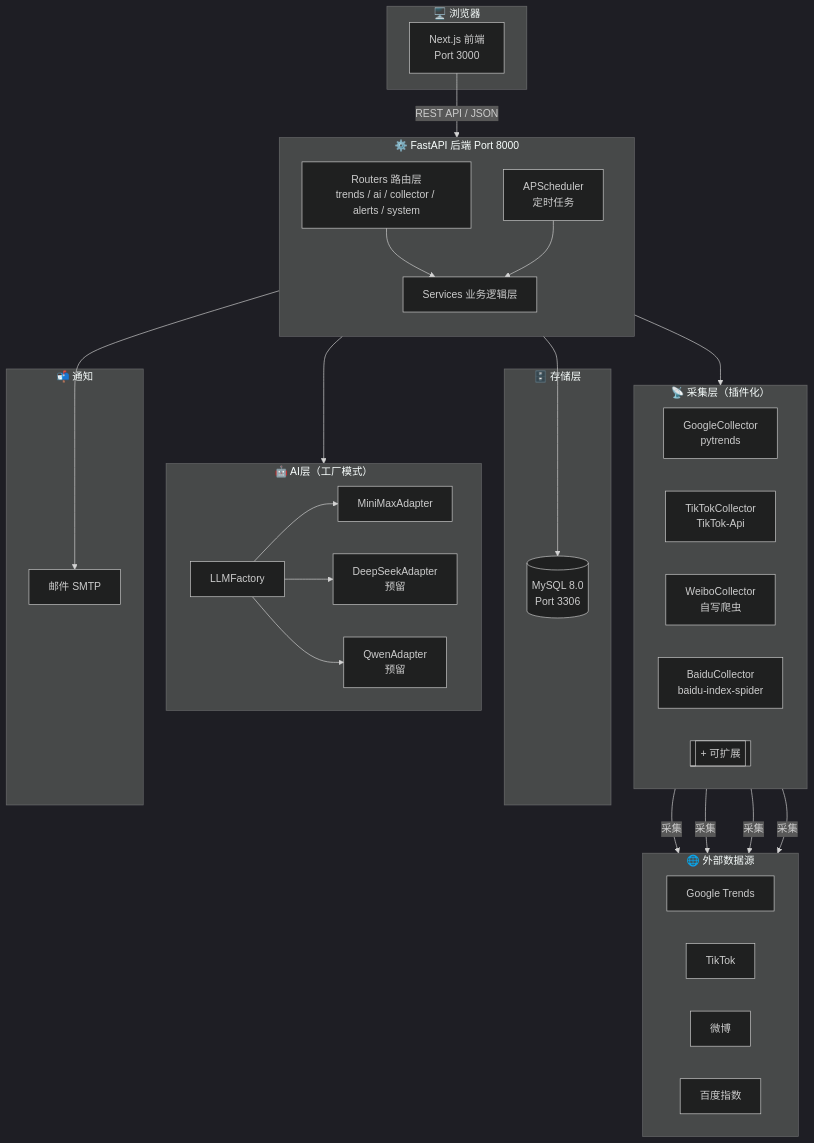
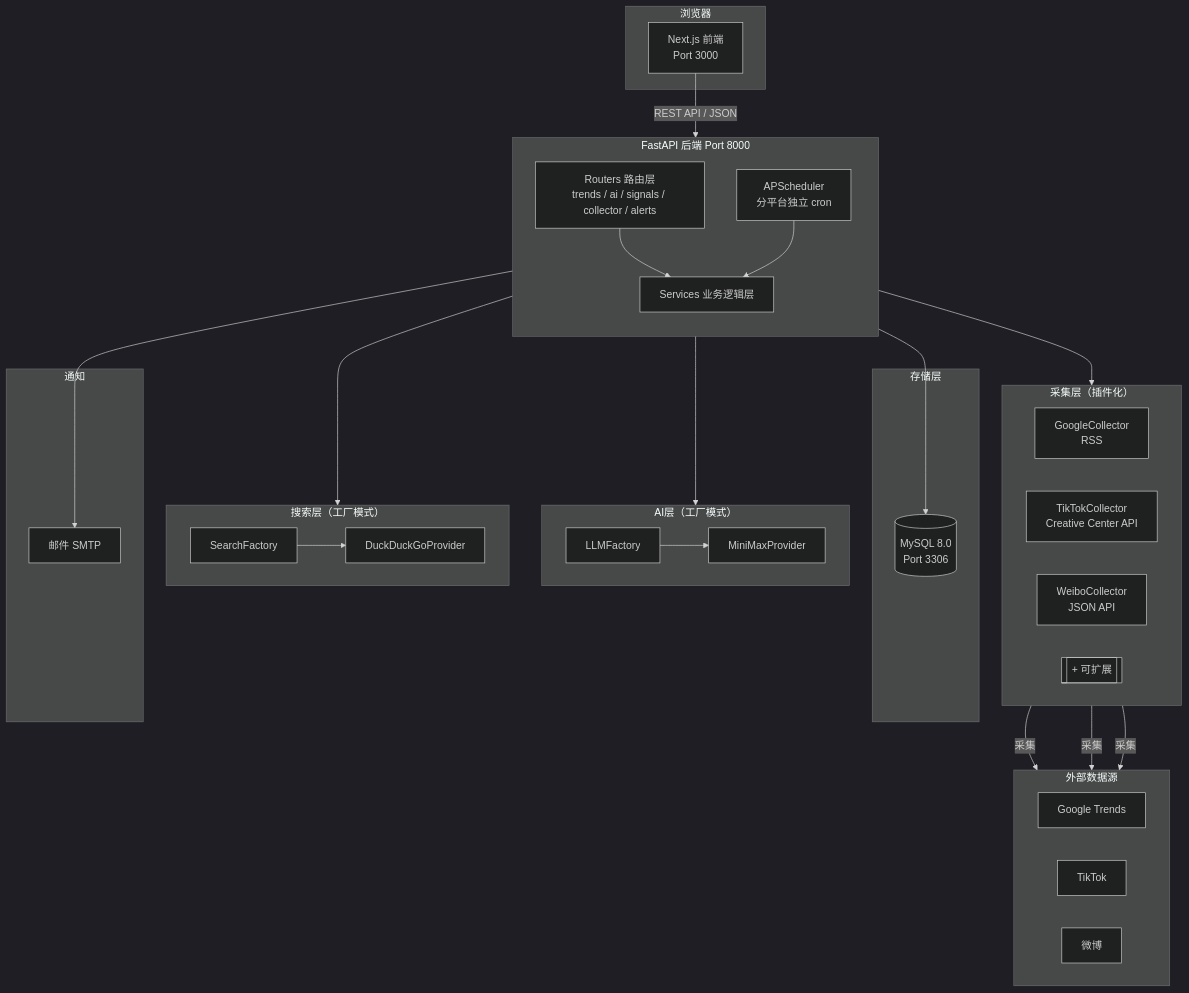
The first of 7 diagrams in docs/ARCHITECTURE.md (JHZhang2736/trendTracker), drawn with Mermaid (dark theme) before and after one commit. The commit also changed other lines of this file and 34 other files, not shown here.

````diff
--- a/docs/ARCHITECTURE.md
+++ b/docs/ARCHITECTURE.md
@@ -8,63 +10,64 @@
 ```mermaid
 graph TB
-    subgraph Client["🖥️ 浏览器"]
+    subgraph Client["浏览器"]
         UI[Next.js 前端<br/>Port 3000]
     end
 
-    subgraph Backend["⚙️ FastAPI 后端 Port 8000"]
+    subgraph Backend["FastAPI 后端 Port 8000"]
         direction TB
-        Router[Routers 路由层<br/>trends / ai / collector / alerts / system]
+        Router[Routers 路由层<br/>trends / ai / signals / collector / alerts]
         Service[Services 业务逻辑层]
-        Scheduler[APScheduler<br/>定时任务]
+        Scheduler[APScheduler<br/>分平台独立 cron]
 
         Router --> Service
         Scheduler --> Service
     end
 
-    subgraph CollectorLayer["📡 采集层（插件化）"]
+    subgraph CollectorLayer["采集层（插件化）"]
         direction LR
-        GC[GoogleCollector<br/>pytrends]
-        TC[TikTokCollector<br/>TikTok-Api]
-        WC[WeiboCollector<br/>自写爬虫]
-        BC[BaiduCollector<br/>baidu-index-spider]
+        GC[GoogleCollector<br/>RSS]
+        TC[TikTokCollector<br/>Creative Center API]
+        WC[WeiboCollector<br/>JSON API]
         EXT[[ + 可扩展 ]]
     end
 
-    subgraph AILayer["🤖 AI层（工厂模式）"]
+    subgraph AILayer["AI层（工厂模式）"]
         direction LR
-        Factory[LLMFactory]
-        MM[MiniMaxAdapter]
-        DS[DeepSeekAdapter<br/>预留]
-        QW[QwenAdapter<br/>预留]
-        Factory --> MM
-        Factory --> DS
-        Factory --> QW
+        LLMFactory[LLMFactory]
+        MM[MiniMaxProvider]
+        LLMFactory --> MM
     end
 
-    subgraph DataSources["🌐 外部数据源"]
+    subgraph SearchLayer["搜索层（工厂模式）"]
+        direction LR
+        SearchFactory[SearchFactory]
+        DDG[DuckDuckGoProvider]
+        SearchFactory --> DDG
+    end
+
+    subgraph DataSources["外部数据源"]
         direction LR
         Google[Google Trends]
         TikTok[TikTok]
         Weibo[微博]
-        Baidu[百度指数]
     end
 
-    subgraph Storage["🗄️ 存储层"]
+    subgraph Storage["存储层"]
         MySQL[(MySQL 8.0<br/>Port 3306)]
     end
 
-    subgraph Notify["📬 通知"]
+    subgraph Notify["通知"]
         Email[邮件 SMTP]
     end
 
     UI -->|REST API / JSON| Router
     Service --> CollectorLayer
     Service --> AILayer
+    Service --> SearchLayer
     Service --> MySQL
     Service --> Email
 
     GC -->|采集| Google
     TC -->|采集| TikTok
     WC -->|采集| Weibo
-    BC -->|采集| Baidu
 ```
````
